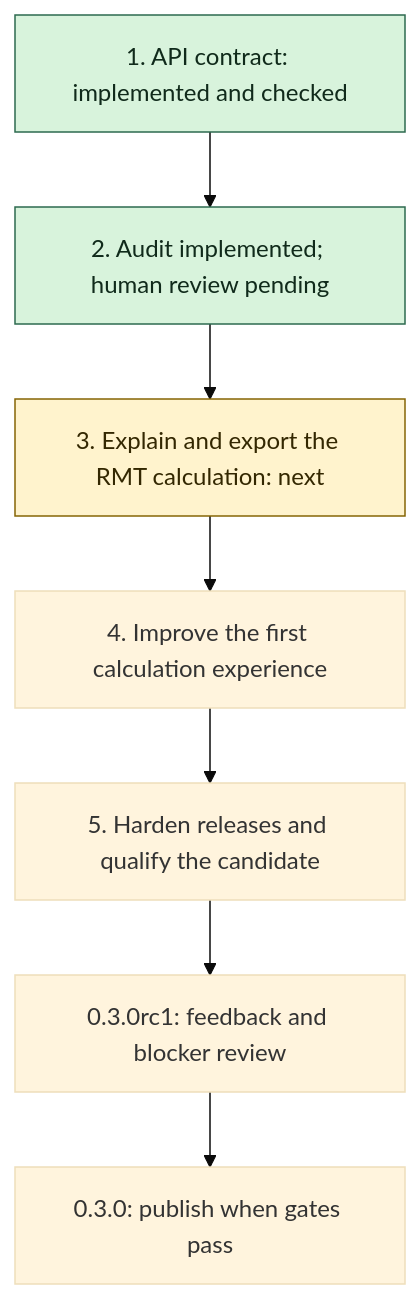
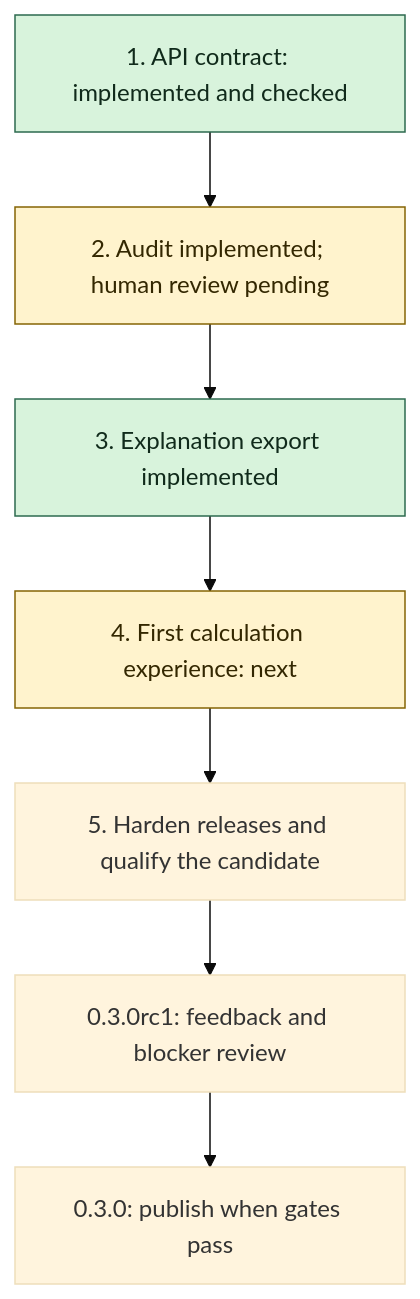
One commit to reetanshuh1998/Ramanujan_master_theorem changed the diagram in docs/STABLE_RELEASE_PLAN.md. Above: the diagram before and after it, drawn with Mermaid (base theme). The commit also changed other lines of this file and 9 other files, not shown here.

Commit message:
Export exact sunset RMT derivations with a versioned JSON schema

````diff
--- a/docs/STABLE_RELEASE_PLAN.md
+++ b/docs/STABLE_RELEASE_PLAN.md
@@ -14,15 +14,15 @@
 ```mermaid
 flowchart TD
     A[1. API contract: implemented and checked]
     B[2. Audit implemented; human review pending]
-    C[3. Explain and export the RMT calculation: next]
-    D[4. Improve the first calculation experience]
+    C[3. Explanation export implemented]
+    D[4. First calculation experience: next]
     E[5. Harden releases and qualify the candidate]
     A --> B --> C --> D --> E
     E --> R[0.3.0rc1: feedback and blocker review]
     R --> S[0.3.0: publish when gates pass]
     classDef done fill:#d8f3dc,stroke:#2d6a4f,color:#102a1b
     classDef next fill:#fff3cd,stroke:#856404,color:#332701
-    class A,B done
-    class C next
+    class A,C done
+    class B,D next
 ```
````
